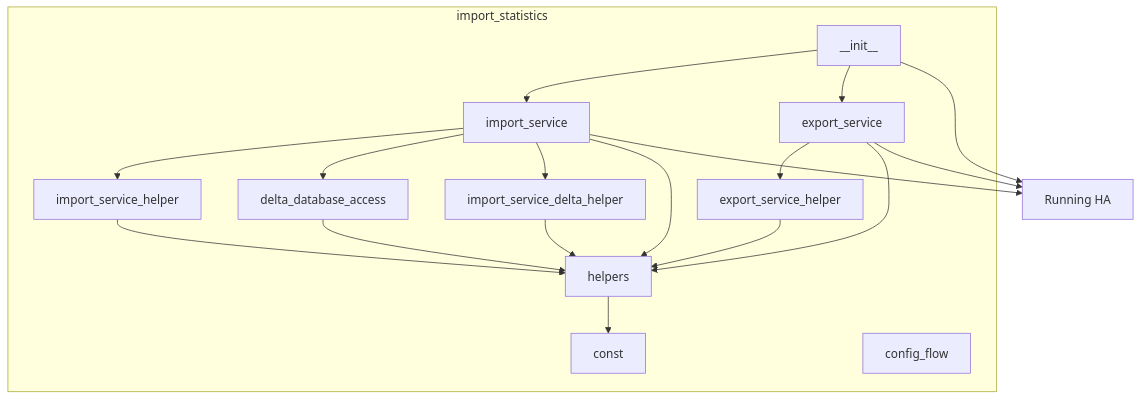
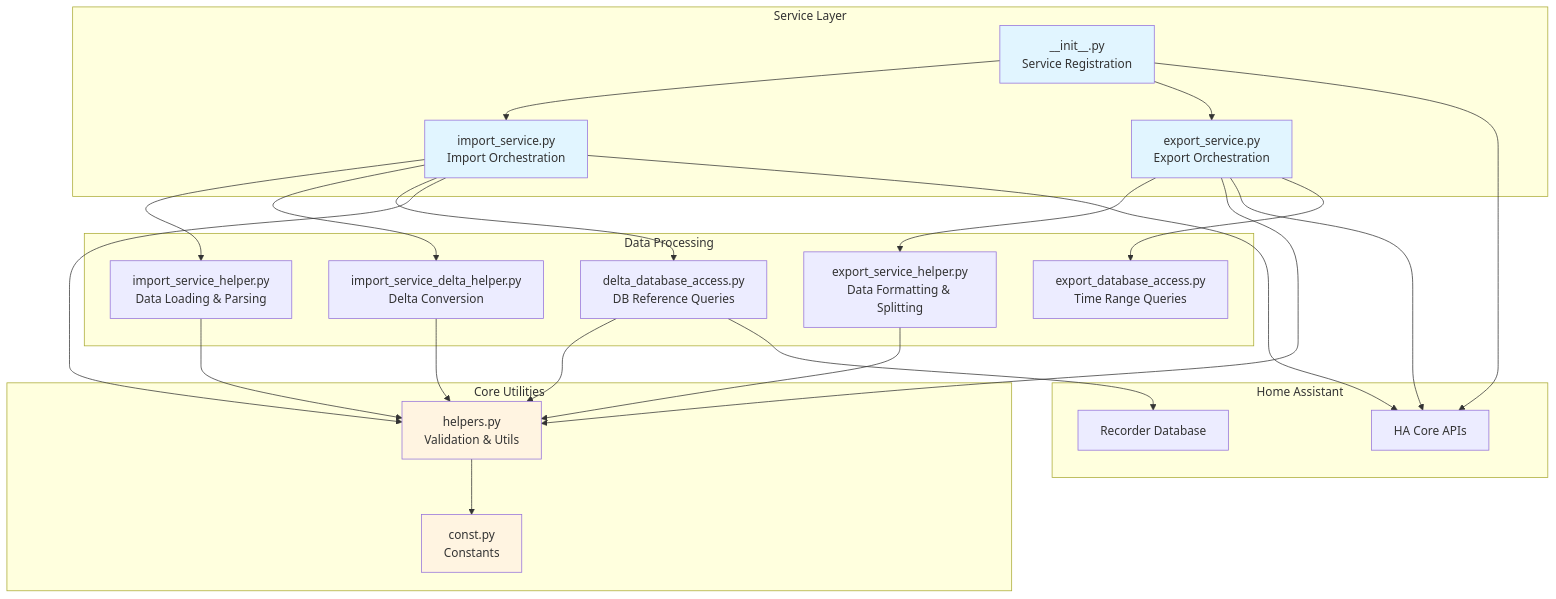
One commit to klausj1/homeassistant-statistics changed the first of 4 diagrams in docs/dev/architecture.md. Above: the diagram before and after it, drawn with Mermaid. The commit also changed other lines of this file and 6 other files, not shown here.

Commit message:
docs: dev workflow + vscode tasks; fix export service

````diff
--- a/docs/dev/architecture.md
+++ b/docs/dev/architecture.md
@@ -89,37 +128,55 @@
 ```mermaid
 graph TB
-    subgraph import_statistics["import_statistics"]
-        const[const]
-        helpers[helpers]
-        import_service[import_service]
-        import_service_helper[import_service_helper]
-        import_service_delta_helper[import_service_delta_helper]
-        delta_database_access[delta_database_access]
-        export_service[export_service]
-        export_service_helper[export_service_helper]
-        init[__init__]
-        config_flow[config_flow]
+    subgraph "Service Layer"
+        init[__init__.py<br/>Service Registration]
+        import_svc[import_service.py<br/>Import Orchestration]
+        export_svc[export_service.py<br/>Export Orchestration]
     end
 
-    ha_core[Running HA]
+    subgraph "Data Processing"
+        import_helper[import_service_helper.py<br/>Data Loading & Parsing]
+        export_helper[export_service_helper.py<br/>Data Formatting & Splitting]
+        delta_helper[import_service_delta_helper.py<br/>Delta Conversion]
+        delta_db[delta_database_access.py<br/>DB Reference Queries]
+        export_db[export_database_access.py<br/>Time Range Queries]
+    end
 
-    %% Internal dependencies
+    subgraph "Core Utilities"
+        helpers[helpers.py<br/>Validation & Utils]
+        const[const.py<br/>Constants]
+    end
+
+    subgraph "Home Assistant"
+        ha_core[HA Core APIs]
+        recorder[Recorder Database]
+    end
+
+    init --> import_svc
+    init --> export_svc
+    init --> ha_core
+
+    import_svc --> import_helper
+    import_svc --> delta_helper
+    import_svc --> delta_db
+    import_svc --> helpers
+    import_svc --> ha_core
+
+    export_svc --> export_helper
+    export_svc --> helpers
+    export_svc --> ha_core
+    export_svc --> export_db
+
+    import_helper --> helpers
+    export_helper --> helpers
+    delta_helper --> helpers
+    delta_db --> helpers
+    delta_db --> recorder
+
     helpers --> const
-    import_service --> import_service_helper
-    import_service --> delta_database_access
-    import_service --> import_service_delta_helper
-    import_service --> helpers
-    import_service_helper --> helpers
-    import_service_delta_helper --> helpers
-    delta_database_access --> helpers
-    export_service --> export_service_helper
-    export_service --> helpers
-    export_service_helper --> helpers
-    init --> import_service
-    init --> export_service
 
-    %% Home Assistant Core dependencies
-    init --> ha_core
-    import_service --> ha_core
-    export_service --> ha_core
+    style init fill:#e1f5ff
+    style import_svc fill:#e1f5ff
+    style export_svc fill:#e1f5ff
+    style helpers fill:#fff4e1
+    style const fill:#fff4e1
 ```
````
